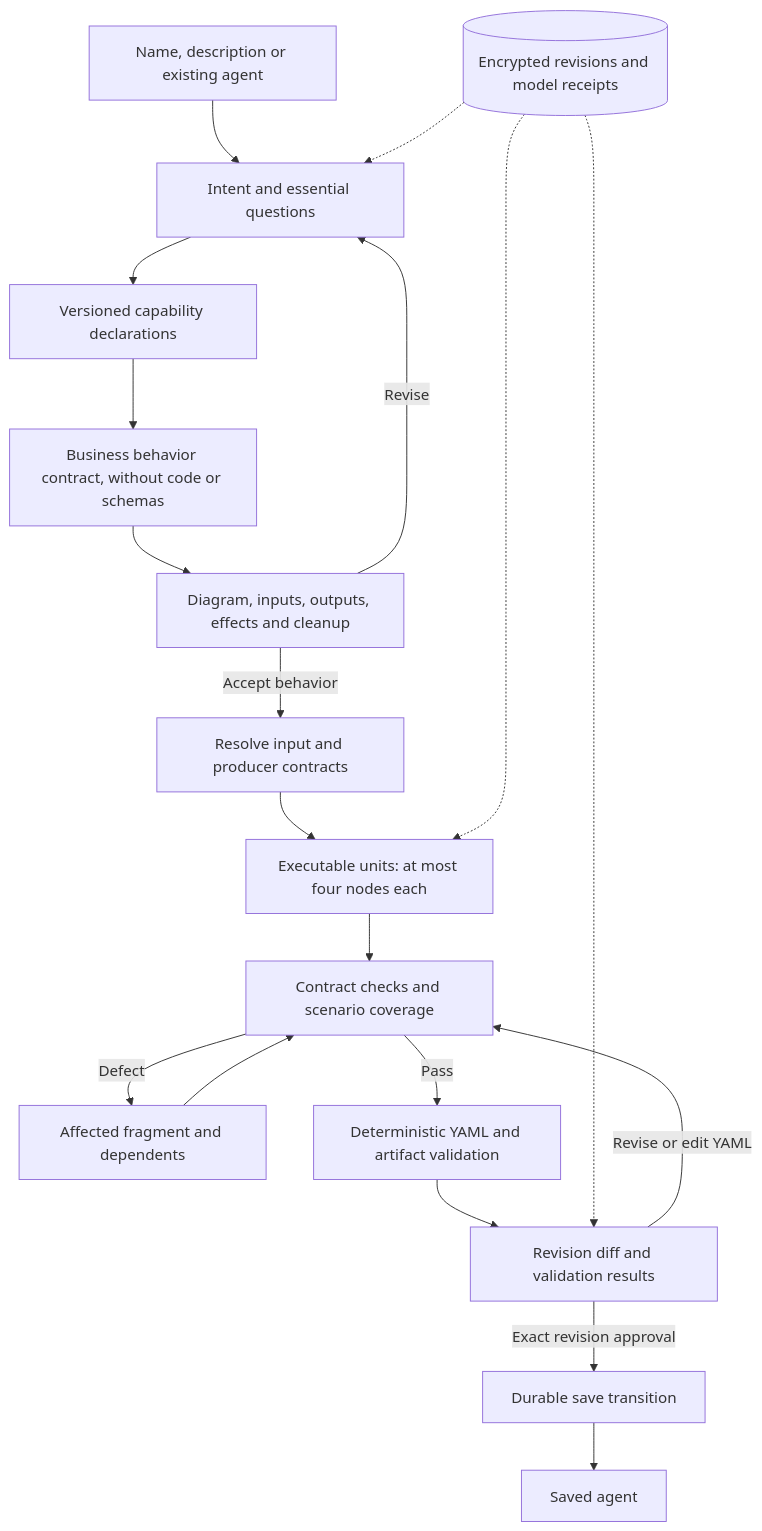
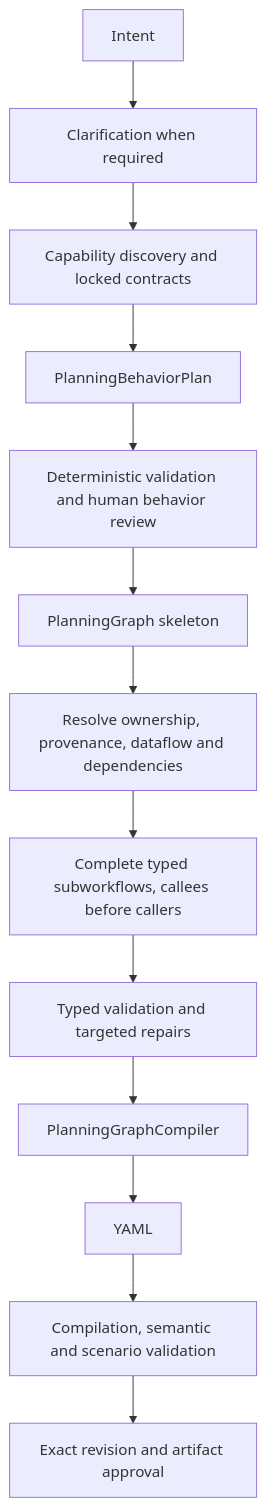
The diagram in docs/workflow-planning-v2.md (GnouGo/GnouGo), drawn with Mermaid before and after one commit. The commit also changed other lines of this file and 357 other files, not shown here.

First line of the commit message:
Refactor workflow planning to one typed Planner v2 path

````diff
--- a/docs/workflow-planning-v2.md
+++ b/docs/workflow-planning-v2.md
@@ -29,21 +8,15 @@
 ```mermaid
 flowchart TD
-  Form[Name, description or existing agent] --> Intent[Intent and essential questions]
-  Intent --> Catalog[Versioned capability declarations]
-  Catalog --> Behavior[Business behavior contract, without code or schemas]
-  Behavior --> Review[Diagram, inputs, outputs, effects and cleanup]
-  Review -->|Accept behavior| Contracts[Resolve input and producer contracts]
-  Contracts --> Fragments[Executable units: at most four nodes each]
-  Review -->|Revise| Intent
-  Fragments --> Checks[Contract checks and scenario coverage]
-  Checks -->|Defect| Repair[Affected fragment and dependents]
-  Repair --> Checks
-  Checks -->|Pass| Export[Deterministic YAML and artifact validation]
-  Export --> Final[Revision diff and validation results]
-  Final -->|Revise or edit YAML| Checks
-  Final -->|Exact revision approval| Saving[Durable save transition]
-  Saving --> Saved[Saved agent]
-  Store[(Encrypted revisions and model receipts)] -.-> Intent
-  Store -.-> Fragments
-  Store -.-> Final
+  I[Intent] --> Q[Clarification when required]
+  Q --> C[Capability discovery and locked contracts]
+  C --> B[PlanningBehaviorPlan]
+  B --> R[Deterministic validation and human behavior review]
+  R --> G[PlanningGraph skeleton]
+  G --> D[Resolve ownership, provenance, dataflow and dependencies]
+  D --> W[Complete typed subworkflows, callees before callers]
+  W --> T[Typed validation and targeted repairs]
+  T --> L[PlanningGraphCompiler]
+  L --> Y[YAML]
+  Y --> V[Compilation, semantic and scenario validation]
+  V --> A[Exact revision and artifact approval]
 ```
````
